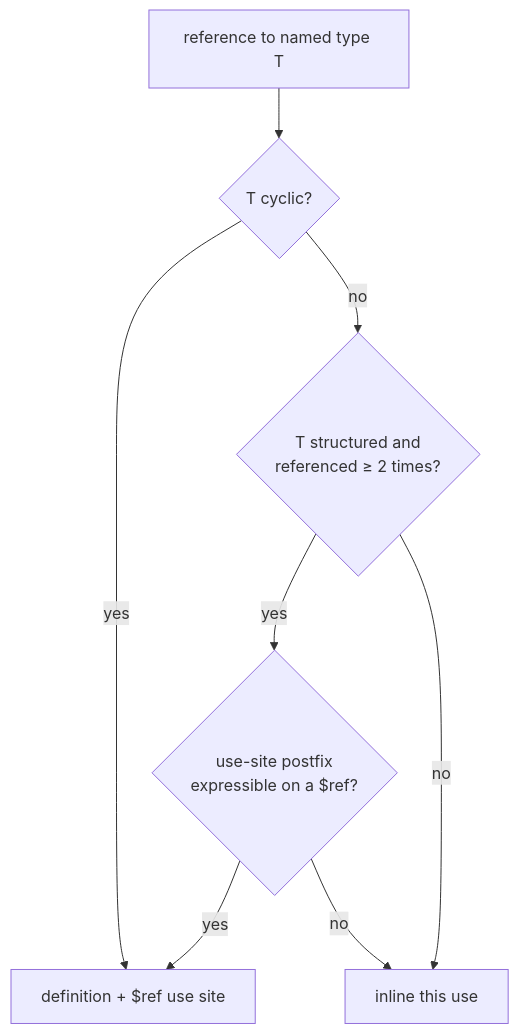
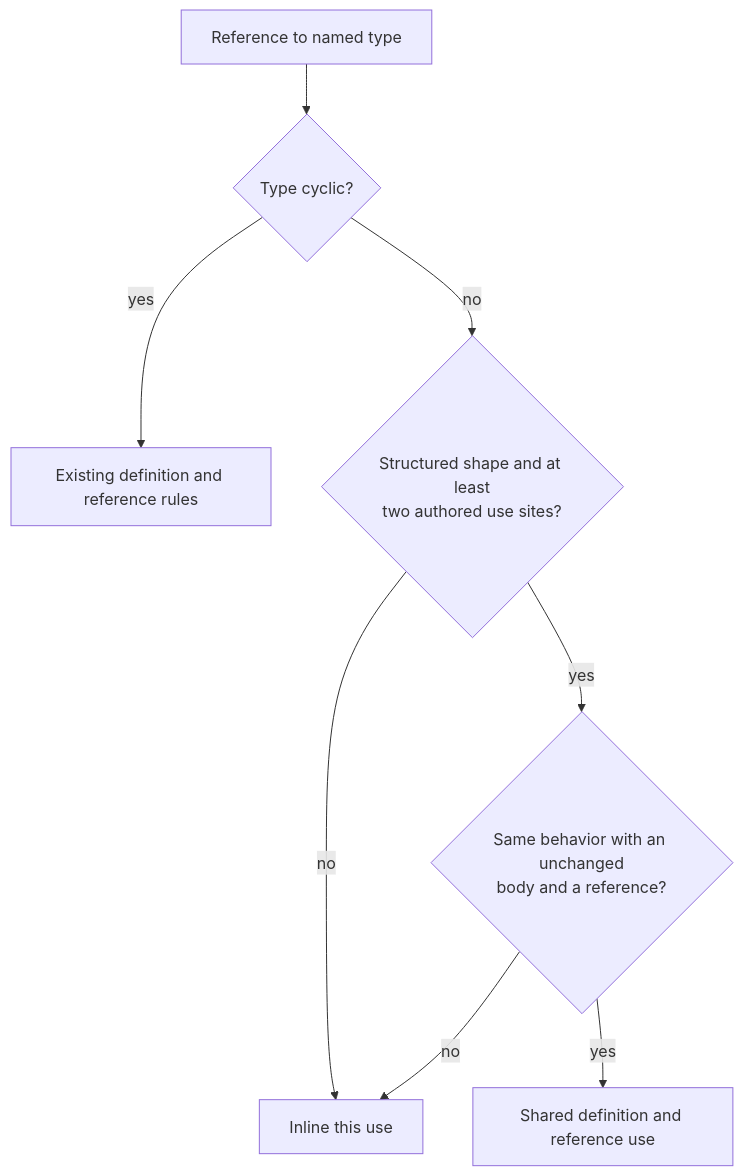
One commit to yankeeinlondon/rusty-biscuit changed the diagram in darkmatter/features/2026-10-25-shared-acyclic-definitions/spec.md. Above: the diagram before and after it, drawn with Mermaid. The commit also changed other lines of this file, not shown here.

First line of the commit message:
planning(darkmatter): record review-to-implement iteration 0 for shared-acyclic-definitions

````diff
--- a/darkmatter/features/2026-10-25-shared-acyclic-definitions/spec.md
+++ b/darkmatter/features/2026-10-25-shared-acyclic-definitions/spec.md
@@ -121,10 +200,10 @@
 ```mermaid
 flowchart TD
-    R[reference to named type T] --> C{T cyclic?}
-    C -- yes --> D[definition + $ref use site]
-    C -- no --> S{T structured and<br/>referenced ≥ 2 times?}
-    S -- yes --> P{use-site postfix<br/>expressible on a $ref?}
-    P -- yes --> D
-    P -- no --> I[inline this use]
-    S -- no --> I
+    R[Reference to named type] --> C{Type cyclic?}
+    C -- yes --> D[Existing definition and reference rules]
+    C -- no --> S{Structured shape and at least<br/>two authored use sites?}
+    S -- no --> I[Inline this use]
+    S -- yes --> P{Same behavior with an unchanged<br/>body and a reference?}
+    P -- yes --> A[Shared definition and reference use]
+    P -- no --> I
 ```
````
